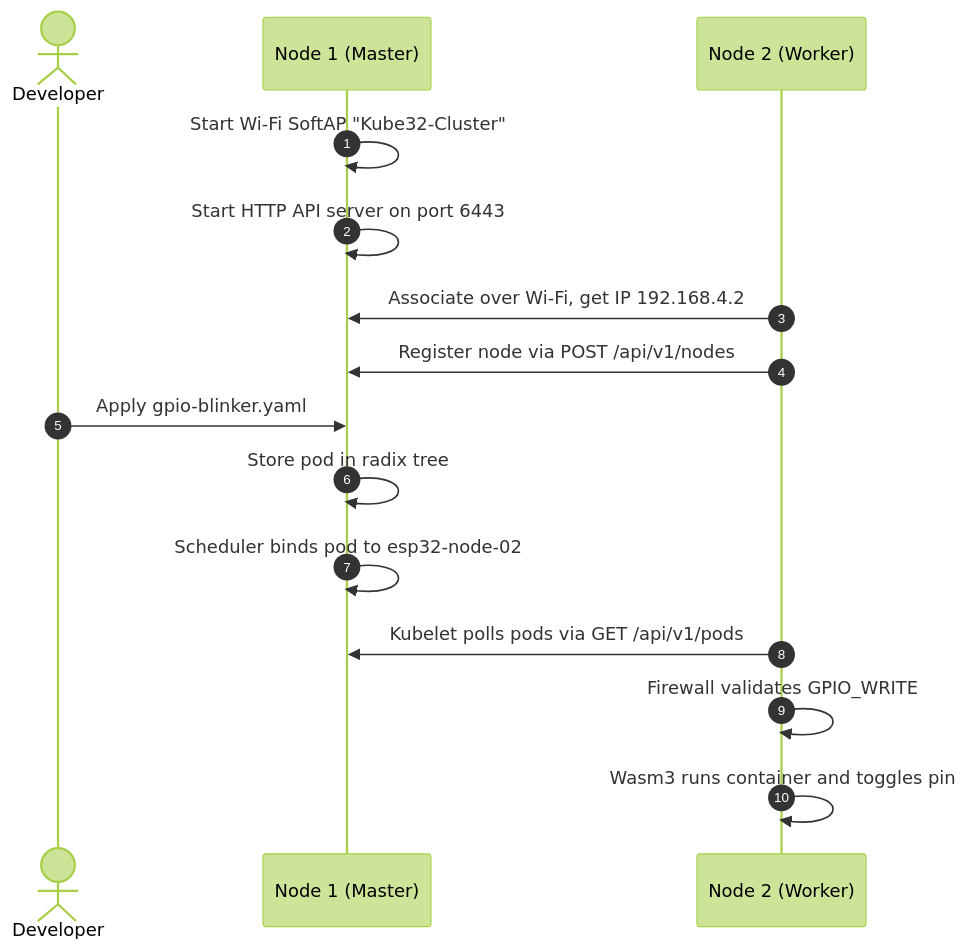
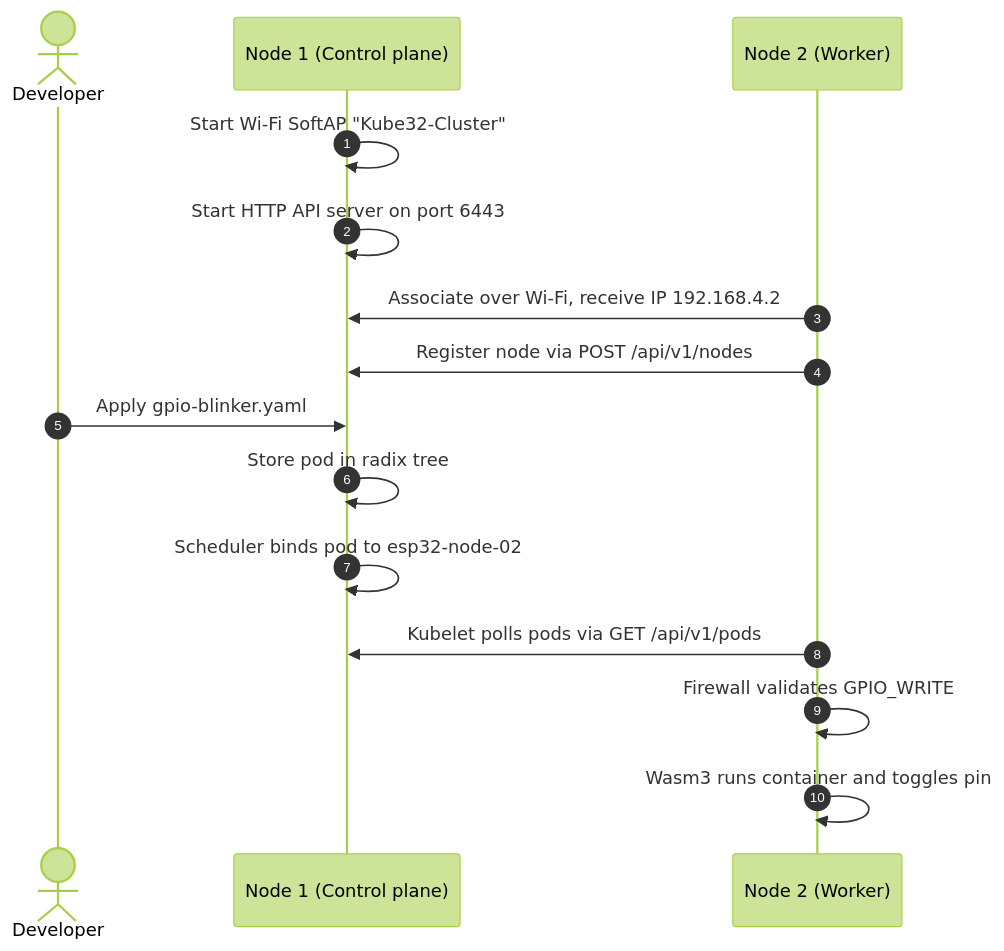
One commit to arterialist/kube32 changed the diagram in docs/quickstart.md. Above: the diagram before and after it, drawn with Mermaid (forest theme). The commit also changed other lines of this file and 11 other files, not shown here.

````diff
--- a/docs/quickstart.md
+++ b/docs/quickstart.md
@@ -22,19 +22,19 @@
 ```mermaid
 sequenceDiagram
     autonumber
     actor Dev as Developer
-    participant N1 as Node 1 (Master)
+    participant N1 as Node 1 (Control plane)
     participant N2 as Node 2 (Worker)
 
     N1->>N1: Start Wi-Fi SoftAP "Kube32-Cluster"
     N1->>N1: Start HTTP API server on port 6443
-    N2->>N1: Associate over Wi-Fi, get IP 192.168.4.2
+    N2->>N1: Associate over Wi-Fi, receive IP 192.168.4.2
     N2->>N1: Register node via POST /api/v1/nodes
 
     Dev->>N1: Apply gpio-blinker.yaml
     N1->>N1: Store pod in radix tree
     N1->>N1: Scheduler binds pod to esp32-node-02
     N2->>N1: Kubelet polls pods via GET /api/v1/pods
     N2->>N2: Firewall validates GPIO_WRITE
     N2->>N2: Wasm3 runs container and toggles pin
 ```
````
